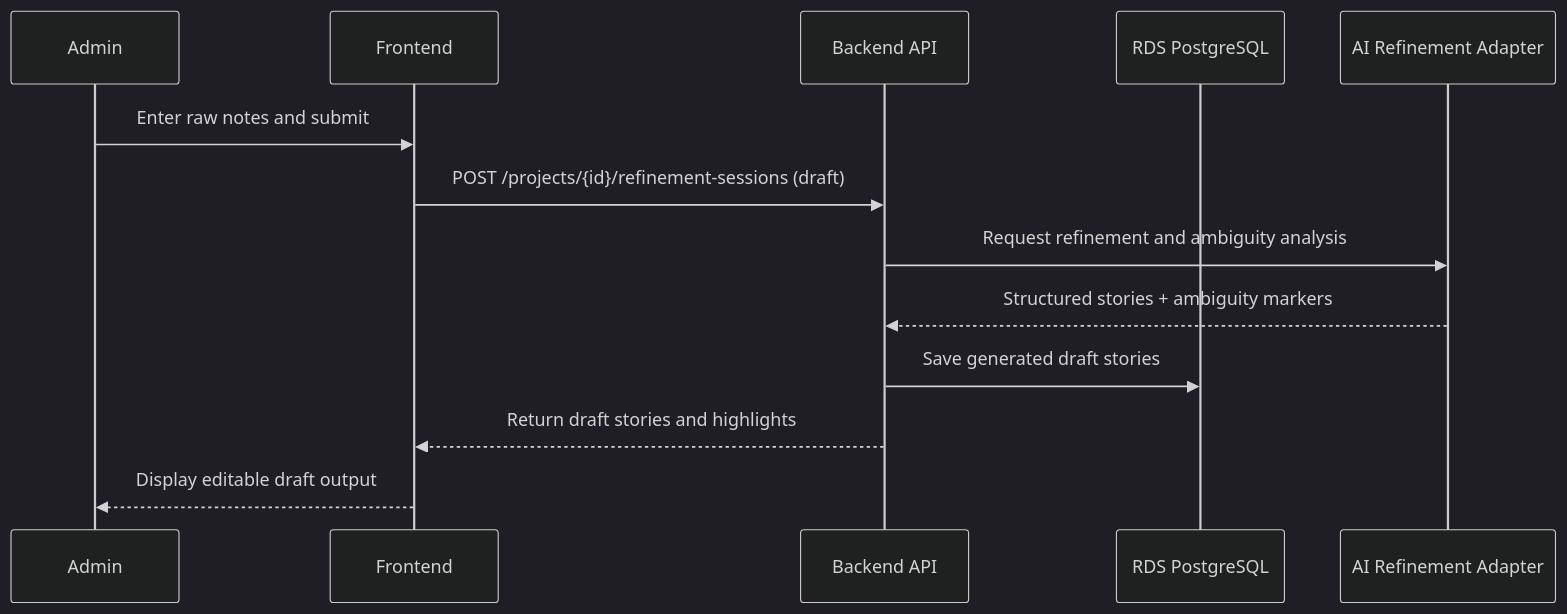
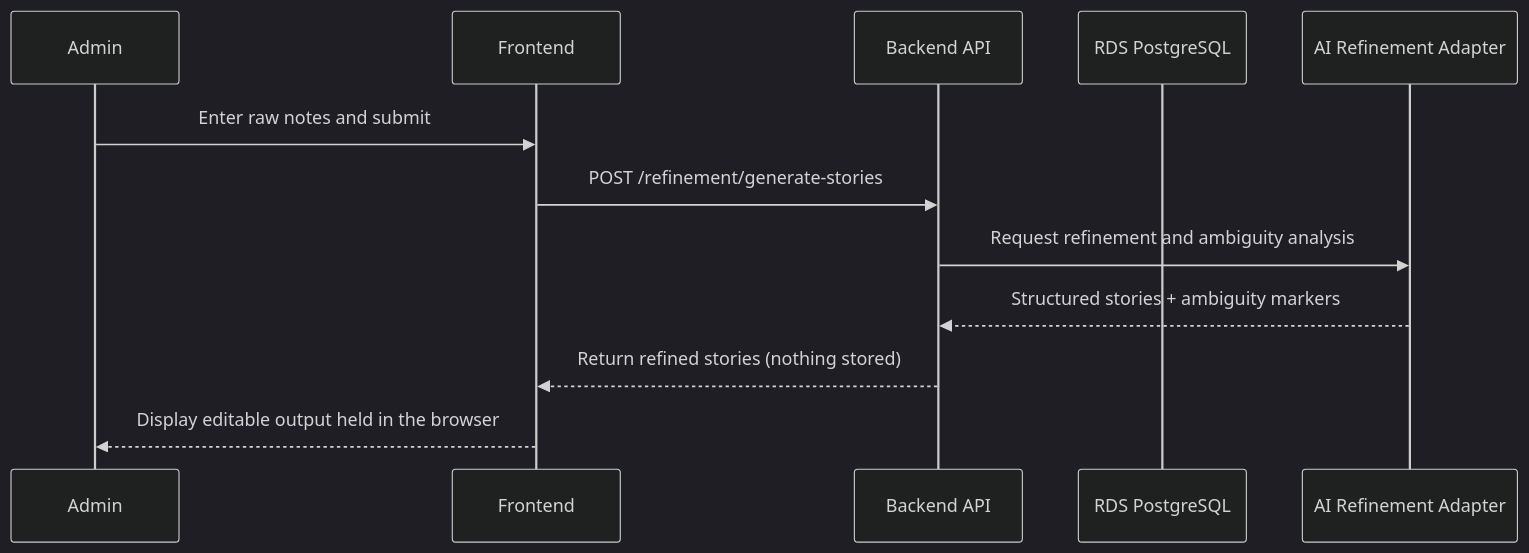
One commit to alonsovndev/open-projects-hub-docs changed the second of 13 diagrams in docs/03-architecture/diagrams/sequence-diagrams.md. Above: the diagram before and after it, drawn with Mermaid (dark theme). The commit also changed other lines of this file and 8 other files, not shown here.

````diff
--- a/docs/03-architecture/diagrams/sequence-diagrams.md
+++ b/docs/03-architecture/diagrams/sequence-diagrams.md
@@ -64,16 +64,15 @@
 ```mermaid
 sequenceDiagram
     participant Admin
     participant FE as Frontend
     participant BE as Backend API
     participant DB as RDS PostgreSQL
     participant AI as AI Refinement Adapter
 
     Admin->>FE: Enter raw notes and submit
-    FE->>BE: POST /projects/{id}/refinement-sessions (draft)
+    FE->>BE: POST /refinement/generate-stories
     BE->>AI: Request refinement and ambiguity analysis
     AI-->>BE: Structured stories + ambiguity markers
-    BE->>DB: Save generated draft stories
-    BE-->>FE: Return draft stories and highlights
-    FE-->>Admin: Display editable draft output
+    BE-->>FE: Return refined stories (nothing stored)
+    FE-->>Admin: Display editable output held in the browser
 ```
````
